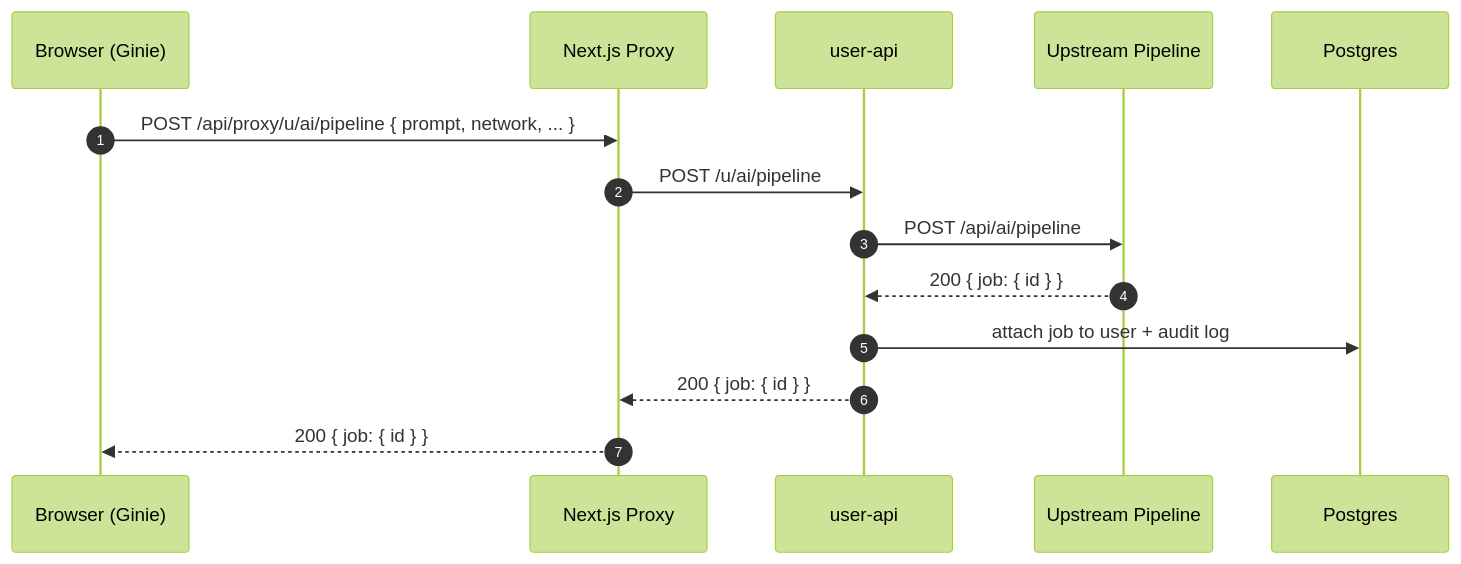
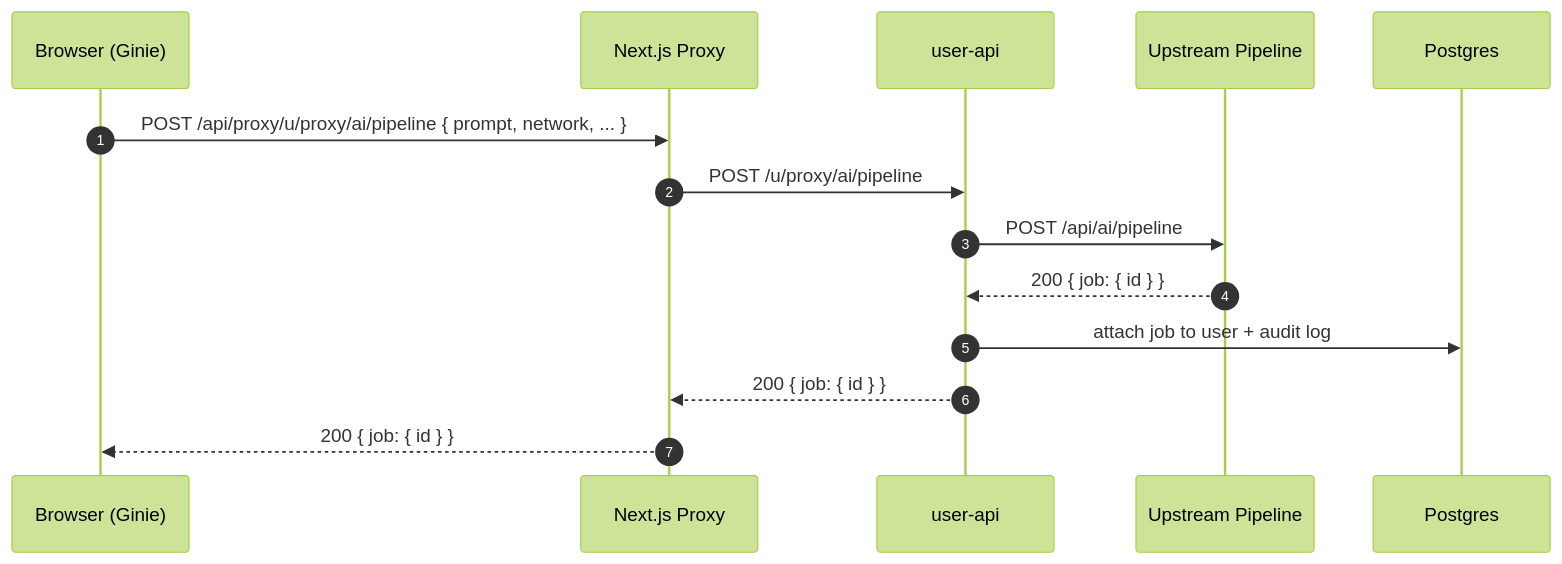
The fifth of 7 diagrams in README.md (BlockXAI/Ginie_Frontend), drawn with Mermaid (forest theme) before and after one commit. The commit also changed other lines of this file, not shown here.

````diff
--- a/README.md
+++ b/README.md
@@ -307,17 +491,17 @@
 ```mermaid
 sequenceDiagram
   autonumber
   participant B as Browser (Ginie)
   participant N as Next.js Proxy
   participant U as user-api
   participant UP as Upstream Pipeline
   participant DB as Postgres
 
-  B->>N: POST /api/proxy/u/ai/pipeline { prompt, network, ... }
-  N->>U: POST /u/ai/pipeline
+  B->>N: POST /api/proxy/u/proxy/ai/pipeline { prompt, network, ... }
+  N->>U: POST /u/proxy/ai/pipeline
   U->>UP: POST /api/ai/pipeline
   UP-->>U: 200 { job: { id } }
   U->>DB: attach job to user + audit log
   U-->>N: 200 { job: { id } }
   N-->>B: 200 { job: { id } }
 ```
````
